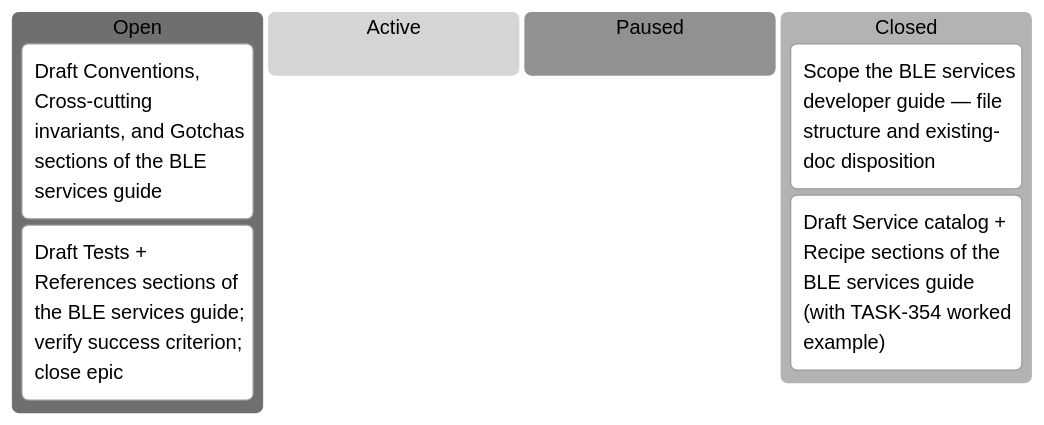
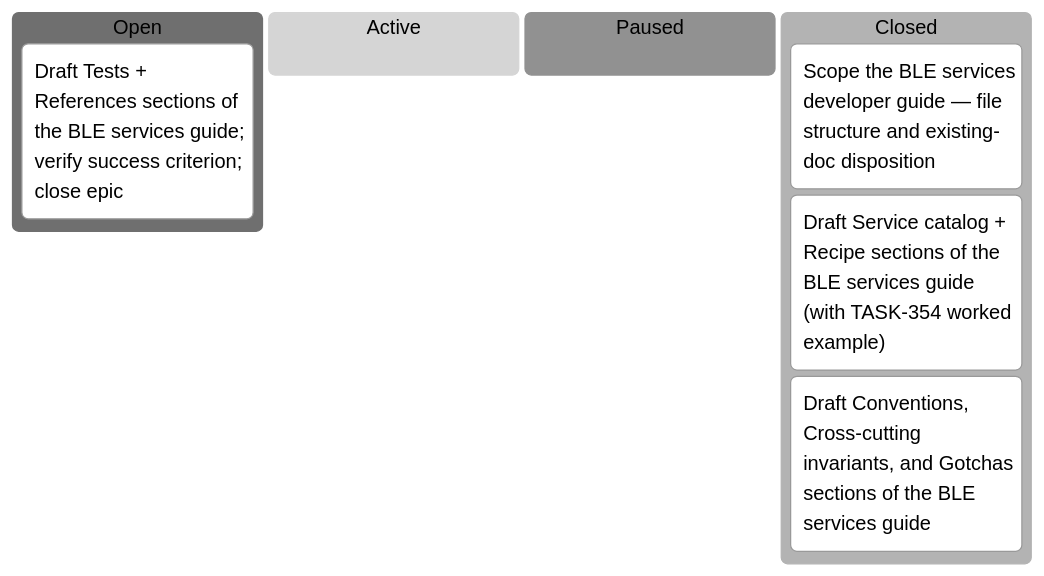
One commit to tgd1975/AwesomeGuitarPedal changed the first of 11 diagrams in docs/developers/tasks/KANBAN.md. Above: the diagram before and after it, drawn with Mermaid (neutral theme). The commit also changed other lines of this file and 6 other files, not shown here.

````diff
--- a/docs/developers/tasks/KANBAN.md
+++ b/docs/developers/tasks/KANBAN.md
@@ -11,11 +11,11 @@
 ```mermaid
 kanban
   Open
-    TASK_367["Draft Conventions, Cross-cutting invariants, and Gotchas sections of the BLE services guide"]
     TASK_368["Draft Tests + References sections of the BLE services guide; verify success criterion; close epic"]
   Active
   Paused
   Closed
     TASK_365["Scope the BLE services developer guide — file structure and existing-doc disposition"]
     TASK_366["Draft Service catalog + Recipe sections of the BLE services guide (with TASK-354 worked example)"]
+    TASK_367["Draft Conventions, Cross-cutting invariants, and Gotchas sections of the BLE services guide"]
 ```
````
